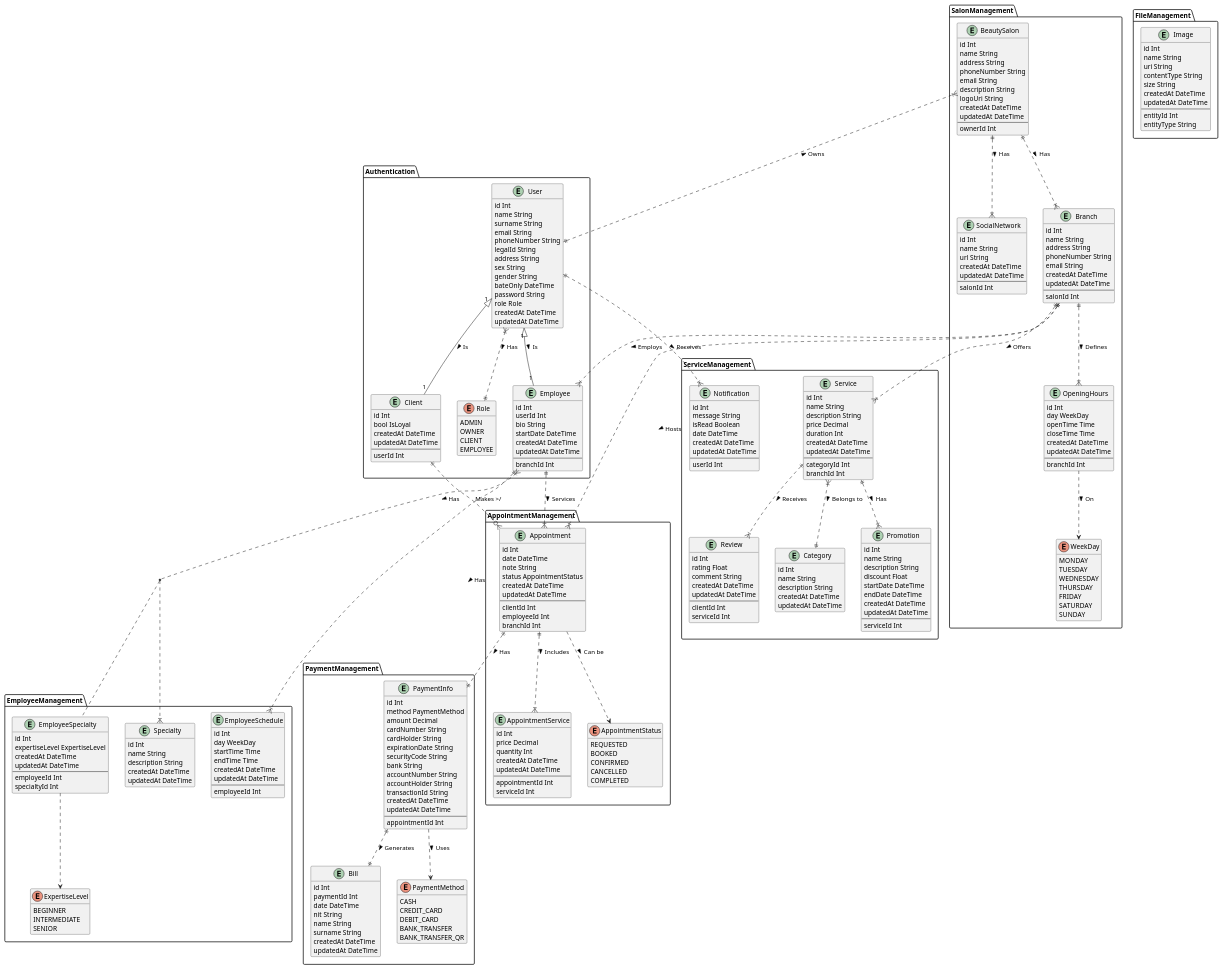
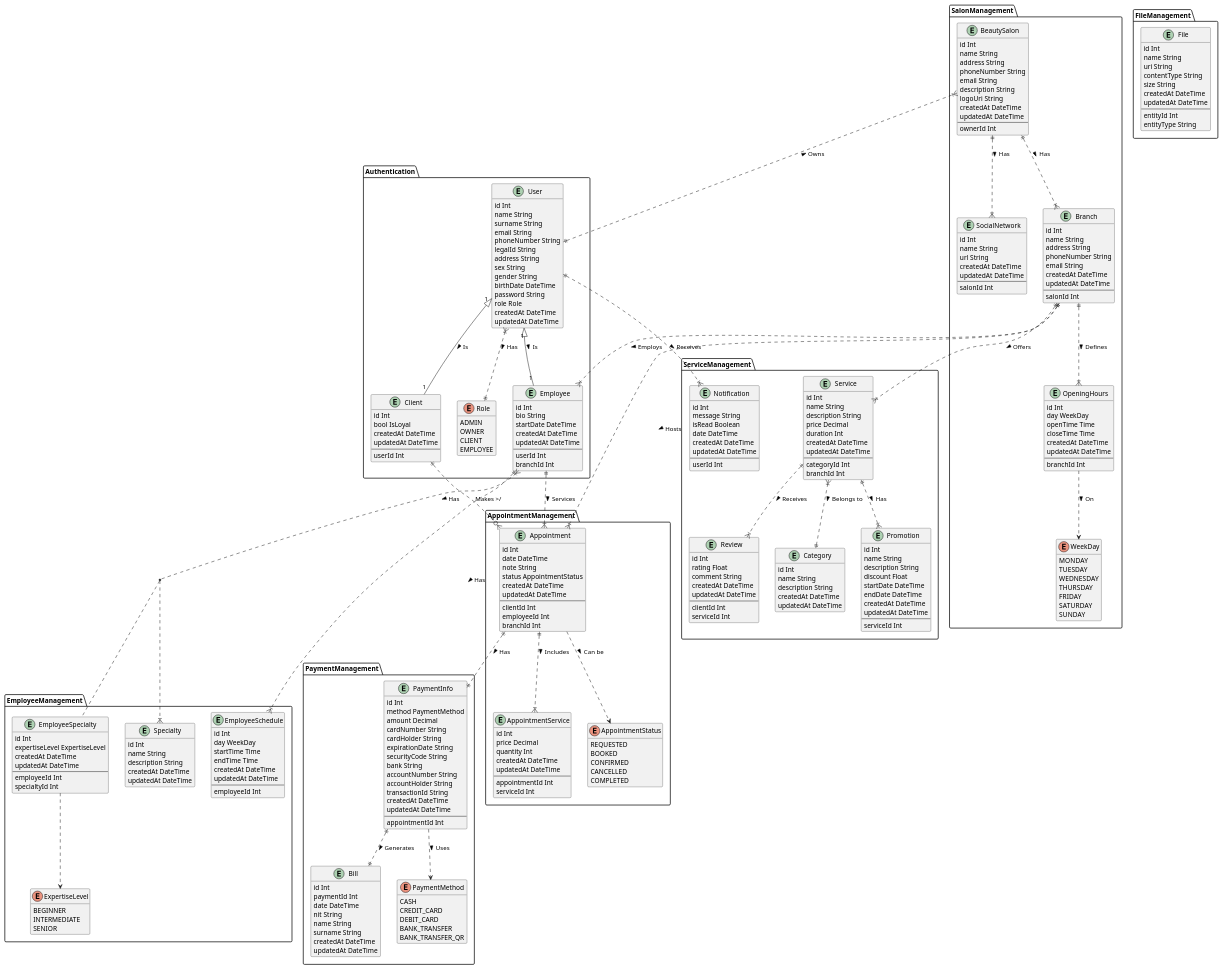
Before and after one commit to jassielof/beauty-salon: the diagram in docs/diagrams/erd.pu, drawn with PlantUML. The commit also changed 7 other files, not shown here.

```diff
--- a/docs/diagrams/erd.pu
+++ b/docs/diagrams/erd.pu
@@ -122,7 +122,7 @@
 }
 
 namespace FileManagement {
-  entity Image {
+  entity File {
     id Int
     name String
     uri String
@@ -259,12 +259,12 @@
 namespace Authentication {
   entity Employee {
     id Int
-    userId Int
     bio String
     startDate DateTime
     createdAt DateTime
     updatedAt DateTime
     --
+    userId Int
     branchId Int
   }
 
@@ -287,7 +287,7 @@
     address String
     sex String
     gender String
-    bateOnly DateTime
+    birthDate DateTime
     password String
     role Role
     createdAt DateTime
```
